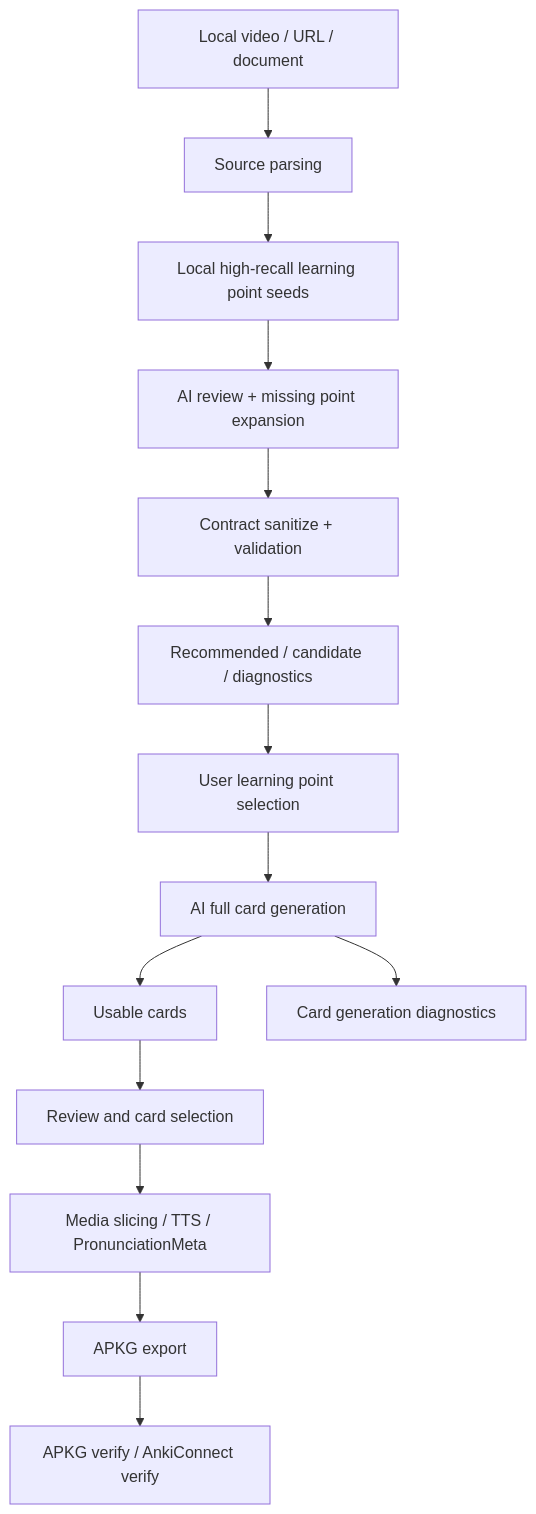
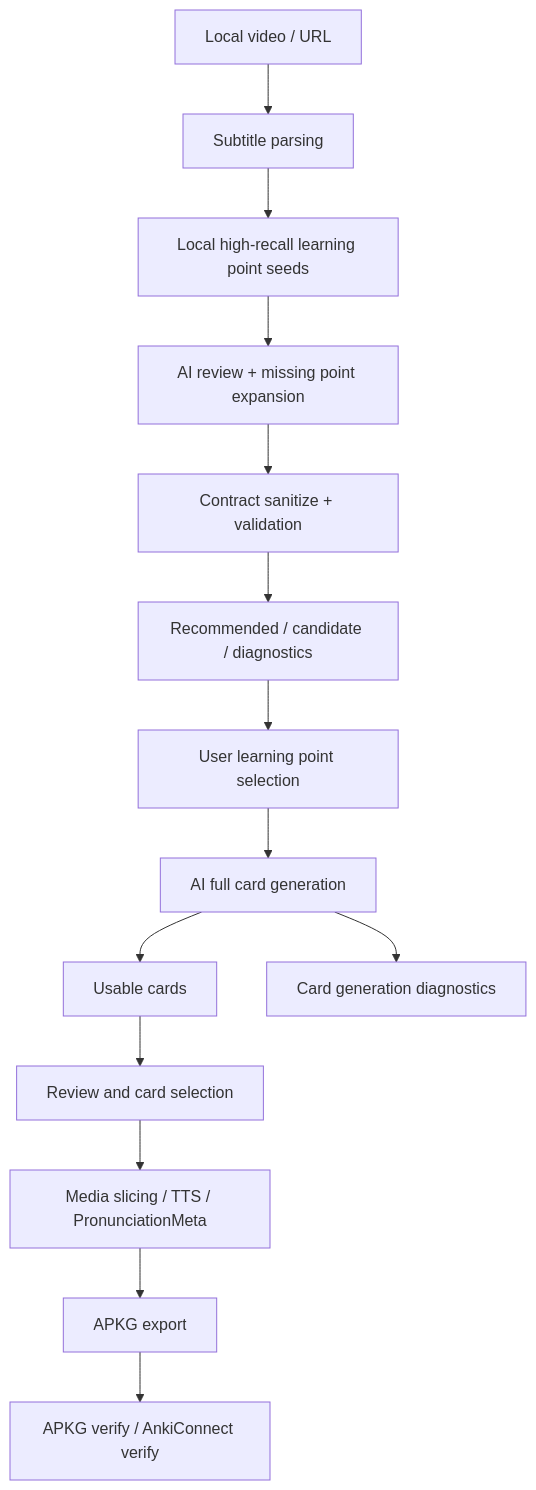
Before and after one commit to zixuanzhou0-ai/Anki-card-generator: the diagram in docs/ARCHITECTURE.md, drawn with Mermaid. The commit also changed other lines of this file and 232 other files, not shown here.

````diff
--- a/docs/ARCHITECTURE.md
+++ b/docs/ARCHITECTURE.md
@@ -7,16 +7,16 @@
 ```mermaid
 flowchart TB
-  A["Local video / URL / document"] --> B["Source parsing"]
+  A["Local video / URL"] --> B["Subtitle parsing"]
   B --> C["Local high-recall learning point seeds"]
   C --> D["AI review + missing point expansion"]
   D --> E["Contract sanitize + validation"]
   E --> F["Recommended / candidate / diagnostics"]
   F --> G["User learning point selection"]
   G --> H["AI full card generation"]
   H --> I["Usable cards"]
   H --> J["Card generation diagnostics"]
   I --> K["Review and card selection"]
   K --> L["Media slicing / TTS / PronunciationMeta"]
   L --> M["APKG export"]
   M --> N["APKG verify / AnkiConnect verify"]
 ```
````
